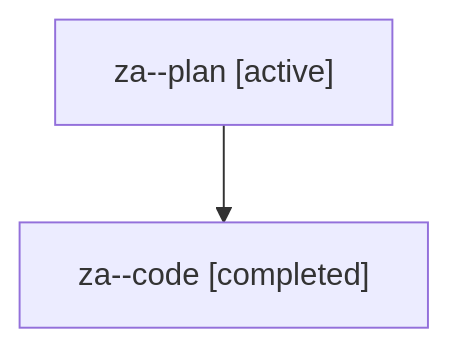
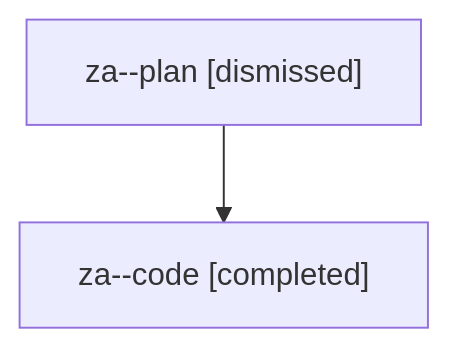
One commit to sase-org/sase--agents changed the diagram in sessions/bbugyi200.athena.za.md. Above: the diagram before and after it, drawn with Mermaid. The commit also changed other lines of this file and 35 other files, not shown here.

````diff
--- a/sessions/bbugyi200.athena.za.md
+++ b/sessions/bbugyi200.athena.za.md
@@ -9,6 +9,6 @@
 ```mermaid
 flowchart TD
-  n0["za--plan [active]"]
+  n0["za--plan [dismissed]"]
   n1["za--code [completed]"]
   n0 --> n1
 ```
````
